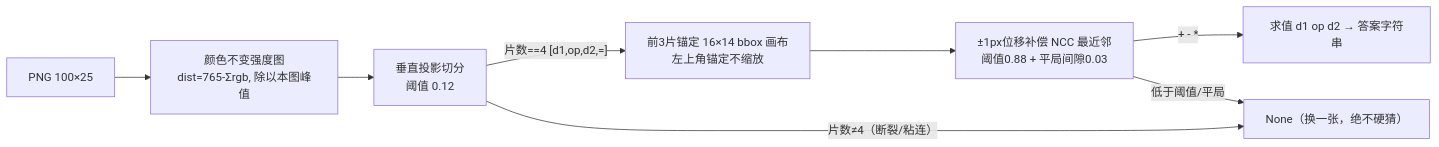
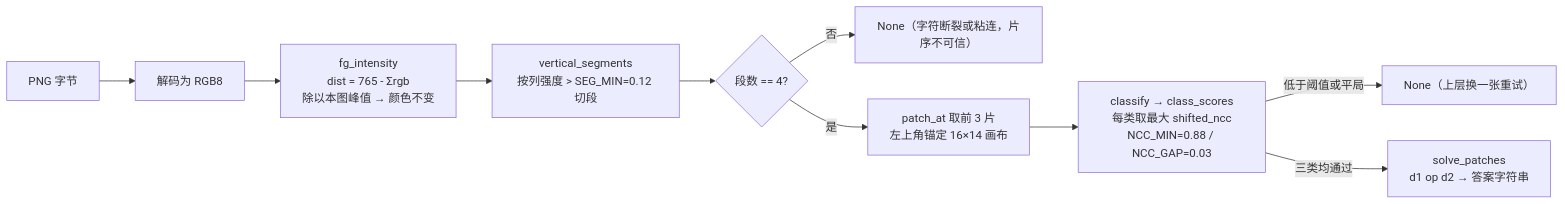
Before and after one commit to ikliml666/Wxxy-CampusLogin: the sixth of 10 diagrams in .codewiki/modules/desktop-backend-vpn-integration.md, drawn with Mermaid. The commit also changed other lines of this file and 15 other files, not shown here.

````diff
--- a/.codewiki/modules/desktop-backend-vpn-integration.md
+++ b/.codewiki/modules/desktop-backend-vpn-integration.md
@@ -198,10 +347,19 @@
 ```mermaid
 flowchart LR
-    PNG["PNG 100×25"] --> FG["颜色不变强度图<br/>dist=765-Σrgb, 除以本图峰值"]
-    FG --> SEG["垂直投影切分<br/>阈值 0.12"]
-    SEG -->|"片数==4 [d1,op,d2,=]"| BBOX["前3片锚定 16×14 bbox 画布<br/>左上角锚定不缩放"]
-    SEG -->|"片数≠4（断裂/粘连）"| NONE["None（换一张，绝不硬猜）"]
-    BBOX --> NCC["±1px位移补偿 NCC 最近邻<br/>阈值0.88 + 平局间隙0.03"]
-    NCC -->|"+ - *"| CALC["求值 d1 op d2 → 答案字符串"]
-    NCC -->|"低于阈值/平局"| NONE
+    PNG["PNG 字节"]
+    RGB["解码为 RGB8"]
+    INT["fg_intensity<br/>dist = 765 - Σrgb<br/>除以本图峰值 → 颜色不变"]
+    SEG["vertical_segments<br/>按列强度 > SEG_MIN=0.12 切段"]
+    CNT{"段数 == 4?"}
+    NONE1["None（字符断裂或粘连，片序不可信）"]
+    PATCH["patch_at 取前 3 片<br/>左上角锚定 16×14 画布"]
+    CLS["classify → class_scores<br/>每类取最大 shifted_ncc<br/>NCC_MIN=0.88 / NCC_GAP=0.03"]
+    EVAL["solve_patches<br/>d1 op d2 → 答案字符串"]
+    NONE2["None（上层换一张重试）"]
+
+    PNG --> RGB --> INT --> SEG --> CNT
+    CNT -- "否" --> NONE1
+    CNT -- "是" --> PATCH --> CLS
+    CLS -- "低于阈值或平局" --> NONE2
+    CLS -- "三类均通过" --> EVAL
 ```
````
